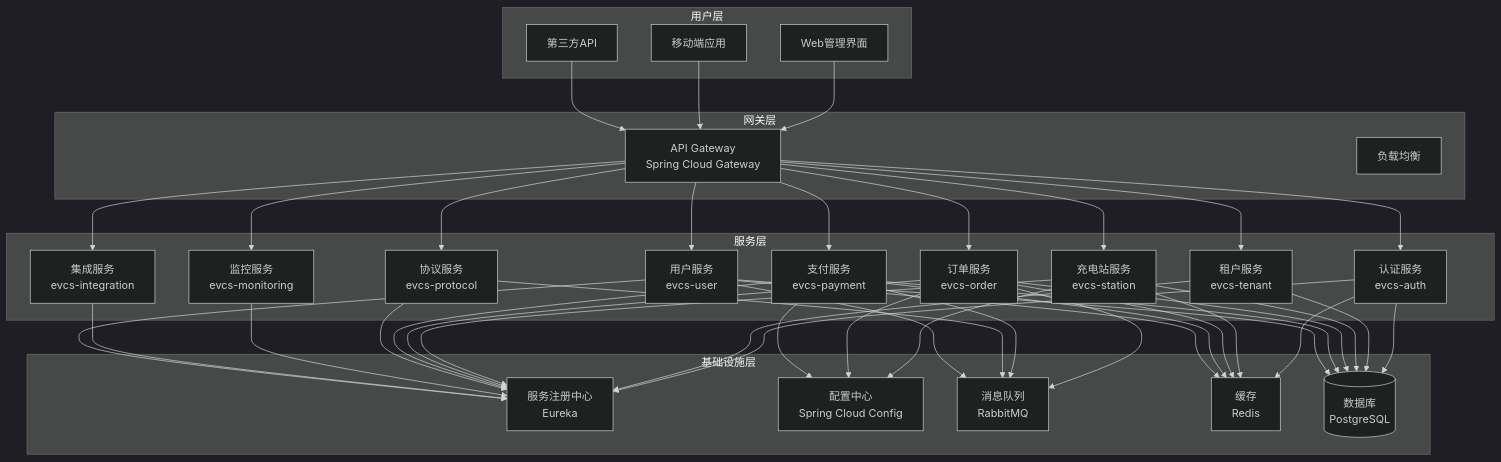
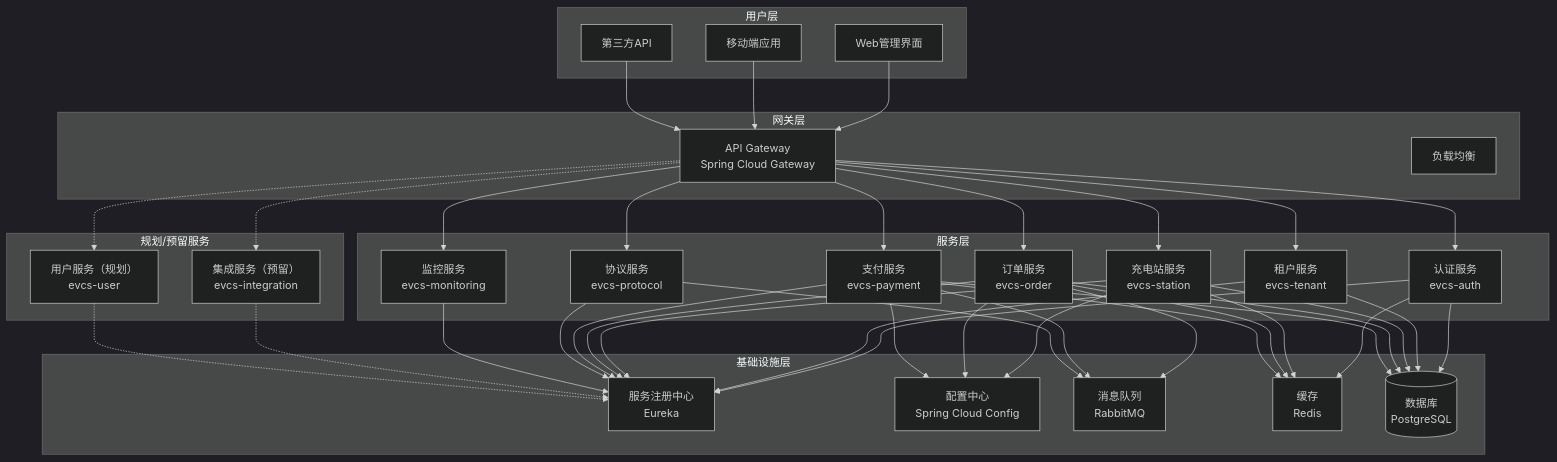
One commit to Big-Dao/evcs-mgr changed the first of 3 diagrams in docs/architecture/architecture.md. Above: the diagram before and after it, drawn with Mermaid (dark theme). The commit also changed other lines of this file and 4 other files, not shown here.

````diff
--- a/docs/architecture/architecture.md
+++ b/docs/architecture/architecture.md
@@ -13,80 +13,79 @@
 ```mermaid
 graph TB
     subgraph "用户层"
         WEB[Web管理界面]
         MOBILE[移动端应用]
         API[第三方API]
     end
 
     subgraph "网关层"
         GW[API Gateway<br/>Spring Cloud Gateway]
         LB[负载均衡]
     end
 
     subgraph "服务层"
         AUTH[认证服务<br/>evcs-auth]
         TENANT[租户服务<br/>evcs-tenant]
         STATION[充电站服务<br/>evcs-station]
         ORDER[订单服务<br/>evcs-order]
         PAYMENT[支付服务<br/>evcs-payment]
         PROTOCOL[协议服务<br/>evcs-protocol]
         MONITOR[监控服务<br/>evcs-monitoring]
-        INTEGRATION[集成服务<br/>evcs-integration]
-        USER[用户服务<br/>evcs-user]
+    end
+
+    subgraph "规划/预留服务"
+        INTEGRATION[集成服务（预留）<br/>evcs-integration]
+        USER[用户服务（规划）<br/>evcs-user]
     end
 
     subgraph "基础设施层"
         EUREKA[服务注册中心<br/>Eureka]
         CONFIG[配置中心<br/>Spring Cloud Config]
         MQ[消息队列<br/>RabbitMQ]
         REDIS[缓存<br/>Redis]
         DB[(数据库<br/>PostgreSQL)]
     end
 
     WEB --> GW
     MOBILE --> GW
     API --> GW
 
     GW --> AUTH
     GW --> TENANT
     GW --> STATION
     GW --> ORDER
     GW --> PAYMENT
     GW --> PROTOCOL
     GW --> MONITOR
-    GW --> INTEGRATION
-    GW --> USER
+    GW -.-> INTEGRATION
+    GW -.-> USER
 
     AUTH --> EUREKA
     TENANT --> EUREKA
     STATION --> EUREKA
     ORDER --> EUREKA
     PAYMENT --> EUREKA
     PROTOCOL --> EUREKA
     MONITOR --> EUREKA
-    INTEGRATION --> EUREKA
-    USER --> EUREKA
+    INTEGRATION -.-> EUREKA
+    USER -.-> EUREKA
 
     STATION --> CONFIG
     ORDER --> CONFIG
     PAYMENT --> CONFIG
 
     ORDER --> MQ
     PAYMENT --> MQ
     PROTOCOL --> MQ
 
     AUTH --> REDIS
     STATION --> REDIS
     ORDER --> REDIS
     PAYMENT --> REDIS
 
     AUTH --> DB
     TENANT --> DB
     STATION --> DB
     ORDER --> DB
     PAYMENT --> DB
-    USER --> DB
-
-    USER --> REDIS
-    USER --> MQ
 ```
````
